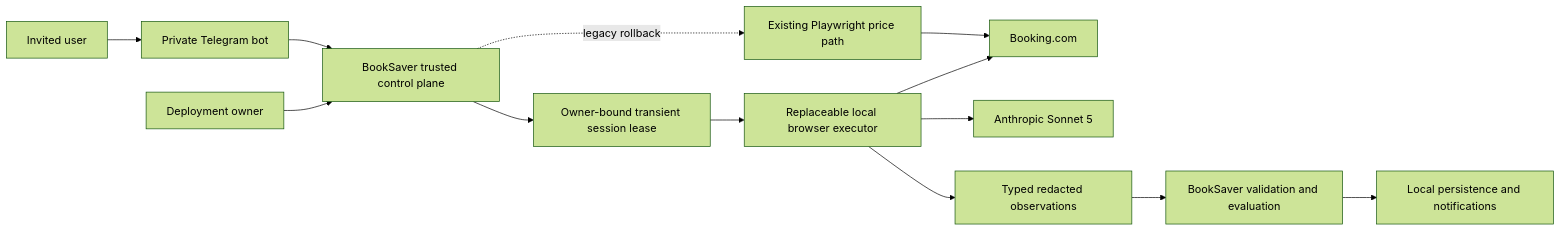
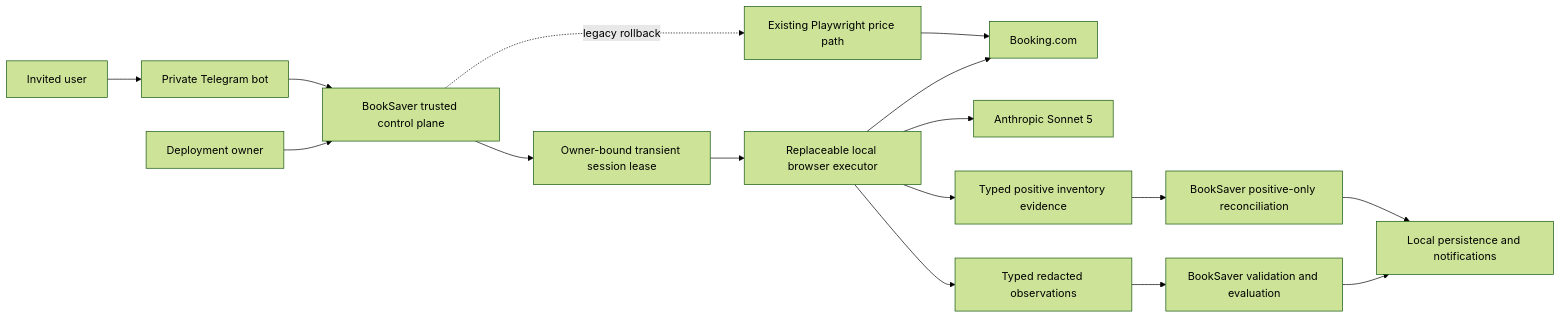
The diagram in memory-bank/intents/023-replaceable-agentic-browser-executor/system-context.md (romkagribok/booksaver-agent), drawn with Mermaid (forest theme) before and after one commit. The commit also changed other lines of this file and 55 other files, not shown here.

Commit message:
feat: add agentic inventory executor

````diff
--- a/memory-bank/intents/023-replaceable-agentic-browser-executor/system-context.md
+++ b/memory-bank/intents/023-replaceable-agentic-browser-executor/system-context.md
@@ -71,15 +77,18 @@
 ```mermaid
 flowchart LR
     owner["Deployment owner"] --> control["BookSaver trusted control plane"]
     invitee["Invited user"] --> telegram["Private Telegram bot"]
     telegram --> control
     control --> lease["Owner-bound transient session lease"]
     lease --> executor["Replaceable local browser executor"]
     executor --> booking["Booking.com"]
     executor --> anthropic["Anthropic Sonnet 5"]
     executor --> evidence["Typed redacted observations"]
     evidence --> validation["BookSaver validation and evaluation"]
+    executor --> inventory["Typed positive inventory evidence"]
+    inventory --> reconcile["BookSaver positive-only reconciliation"]
     validation --> persistence["Local persistence and notifications"]
+    reconcile --> persistence
     control -. "legacy rollback" .-> legacy["Existing Playwright price path"]
     legacy --> booking
 ```
````
